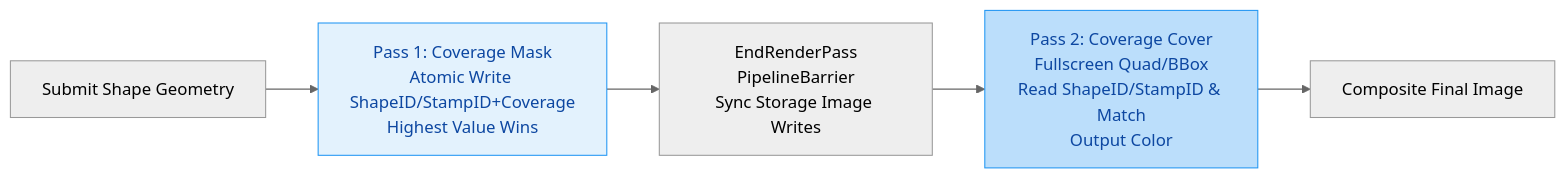
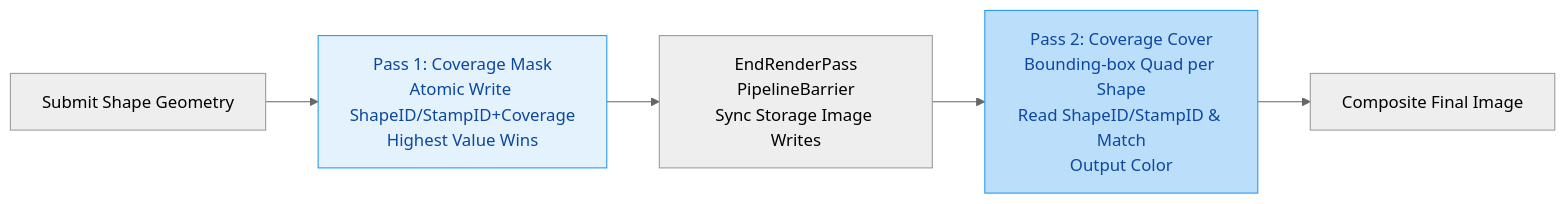
One commit to BeRo1985/pasvulkan changed the diagram in docs/canvas_transparency_rendering.md. Above: the diagram before and after it, drawn with Mermaid (neutral theme). The commit also changed other lines of this file, not shown here.

````diff
--- a/docs/canvas_transparency_rendering.md
+++ b/docs/canvas_transparency_rendering.md
@@ -29,10 +29,10 @@
 ```mermaid
 flowchart LR
     A[Submit Shape Geometry] --> B[Pass 1: Coverage Mask<br>Atomic Write ShapeID/StampID+Coverage<br>Highest Value Wins]
     B --> C[EndRenderPass<br>PipelineBarrier<br>Sync Storage Image Writes]
-    C --> D[Pass 2: Coverage Cover<br>Fullscreen Quad/BBox<br>Read ShapeID/StampID & Match<br>Output Color]
+    C --> D[Pass 2: Coverage Cover<br>Bounding-box Quad per Shape<br>Read ShapeID/StampID & Match<br>Output Color]
     D --> E[Composite Final Image]
 
     style B fill:#e3f2fd,stroke:#2196f3,color:#0d47a1
     style D fill:#bbdefb,stroke:#2196f3,color:#0d47a1
 ```
````
